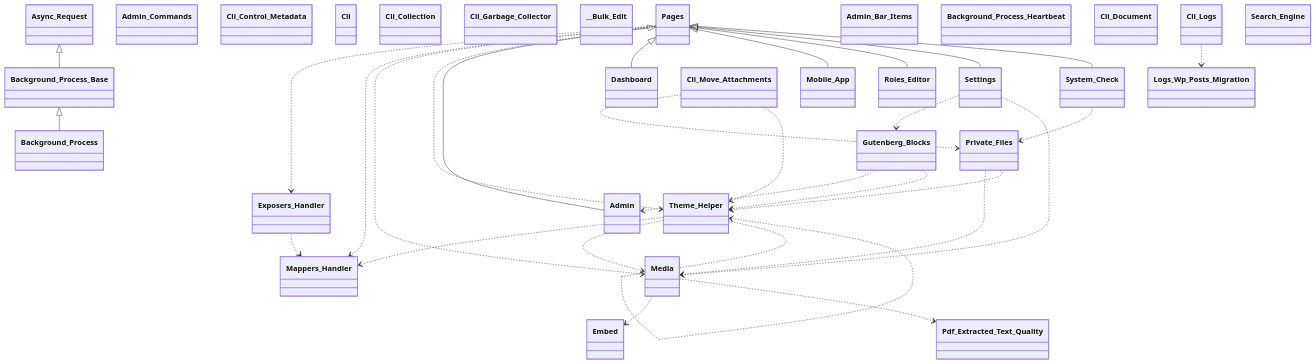
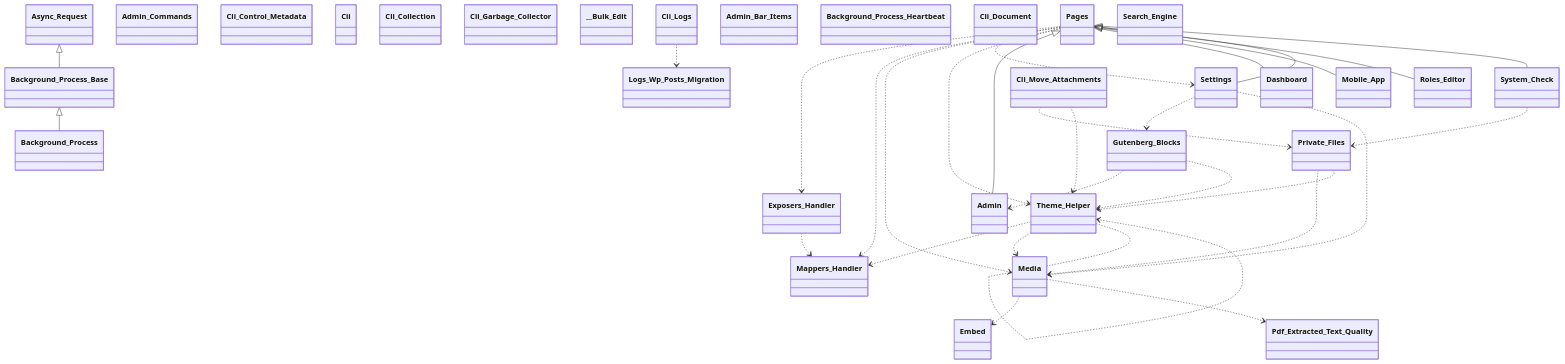
One commit to tainacan/tainacan changed the diagram in docs/diagrams/tainacan-namespace-Tainacan.mmd. Above: the diagram before and after it, drawn with Mermaid. The commit also changed 5 other files, not shown here.

```diff
--- a/docs/diagrams/tainacan-namespace-Tainacan.mmd
+++ b/docs/diagrams/tainacan-namespace-Tainacan.mmd
@@ -1,61 +1,62 @@
 classDiagram
     direction TB
     class Pages { }
     class System_Check { }
     class Admin_Commands { }
     class Admin { }
     class Gutenberg_Blocks { }
     class Theme_Helper { }
     class Pdf_Extracted_Text_Quality { }
     class Media { }
     class Mappers_Handler { }
     class Background_Process { }
     class Cli_Control_Metadata { }
     class Background_Process_Base { }
     class Settings { }
     class Roles_Editor { }
     class Cli { }
     class Cli_Collection { }
     class Mobile_App { }
     class Dashboard { }
     class Embed { }
     class Cli_Garbage_Collector { }
     class __Bulk_Edit { }
     class Exposers_Handler { }
     class Async_Request { }
     class Admin_Bar_Items { }
     class Background_Process_Heartbeat { }
     class Cli_Document { }
     class Logs_Wp_Posts_Migration { }
     class Cli_Logs { }
     class Cli_Move_Attachments { }
     class Search_Engine { }
     class Private_Files { }
     Async_Request <|-- Background_Process_Base
     Background_Process_Base <|-- Background_Process
     Cli_Logs ..> Logs_Wp_Posts_Migration
     Cli_Move_Attachments ..> Private_Files
     Cli_Move_Attachments ..> Theme_Helper
     Exposers_Handler ..> Mappers_Handler
     Gutenberg_Blocks ..> Admin
     Gutenberg_Blocks ..> Theme_Helper
     Media ..> Embed
     Media ..> Pdf_Extracted_Text_Quality
     Pages ..> Exposers_Handler
     Pages ..> Mappers_Handler
     Pages ..> Media
+    Pages ..> Settings
     Pages ..> Theme_Helper
     Pages <|-- Admin
     Pages <|-- Dashboard
     Pages <|-- Mobile_App
     Pages <|-- Roles_Editor
     Pages <|-- Settings
     Pages <|-- System_Check
     Private_Files ..> Media
     Private_Files ..> Theme_Helper
     Settings ..> Gutenberg_Blocks
     Settings ..> Media
     System_Check ..> Private_Files
     Theme_Helper ..> Mappers_Handler
     Theme_Helper ..> Media
     Theme_Helper ..> Theme_Helper
```
